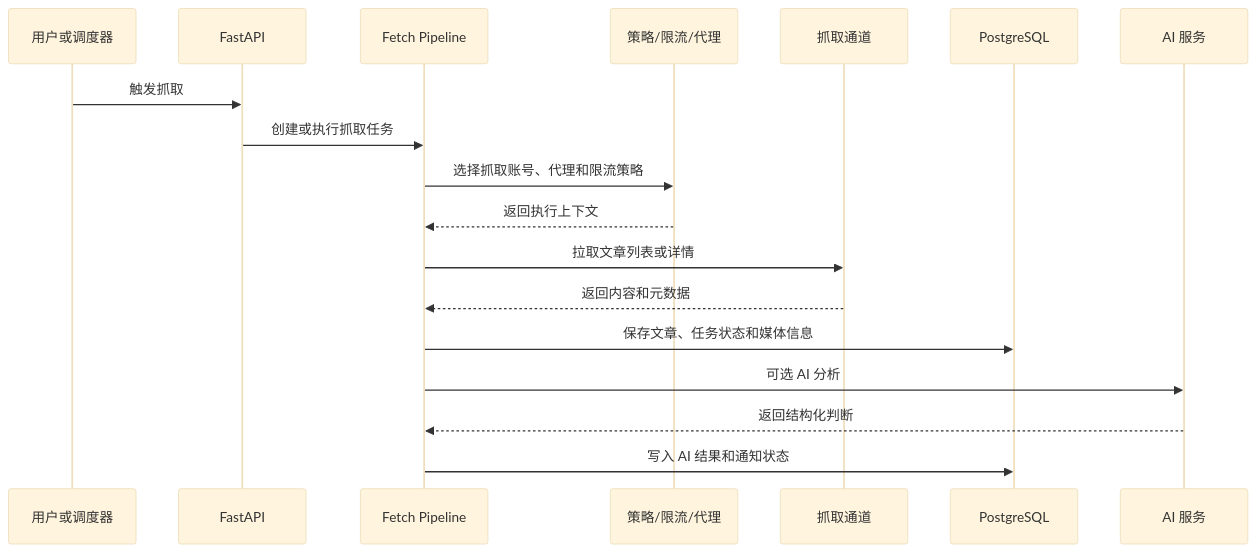
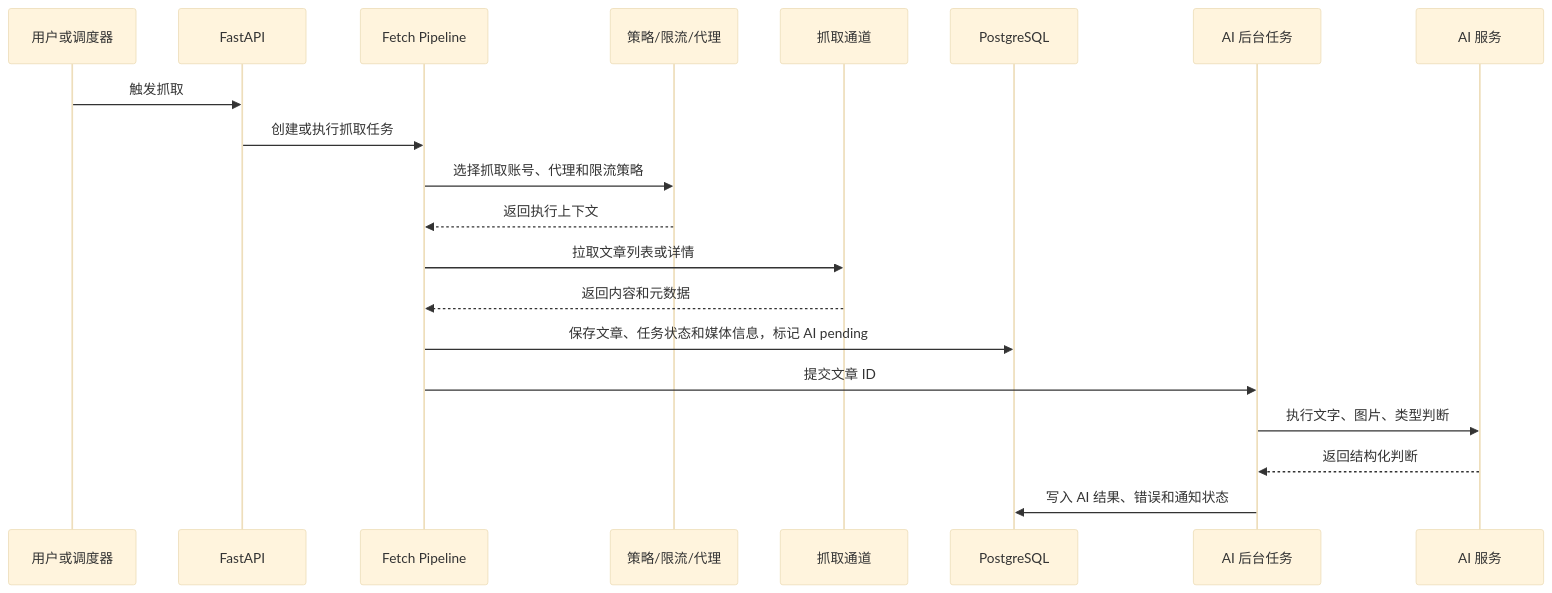
One commit to PakhomLeo/Just-We changed the second of 2 diagrams in docs/technical-design.md. Above: the diagram before and after it, drawn with Mermaid (base theme). The commit also changed other lines of this file and 36 other files, not shown here.

````diff
--- a/docs/technical-design.md
+++ b/docs/technical-design.md
@@ -367,21 +376,23 @@
 ```mermaid
 sequenceDiagram
     participant User as 用户或调度器
     participant API as FastAPI
     participant Pipeline as Fetch Pipeline
     participant Policy as 策略/限流/代理
     participant Fetcher as 抓取通道
     participant DB as PostgreSQL
+    participant AIQ as AI 后台任务
     participant AI as AI 服务
 
     User->>API: 触发抓取
     API->>Pipeline: 创建或执行抓取任务
     Pipeline->>Policy: 选择抓取账号、代理和限流策略
     Policy-->>Pipeline: 返回执行上下文
     Pipeline->>Fetcher: 拉取文章列表或详情
     Fetcher-->>Pipeline: 返回内容和元数据
-    Pipeline->>DB: 保存文章、任务状态和媒体信息
-    Pipeline->>AI: 可选 AI 分析
-    AI-->>Pipeline: 返回结构化判断
-    Pipeline->>DB: 写入 AI 结果和通知状态
+    Pipeline->>DB: 保存文章、任务状态和媒体信息，标记 AI pending
+    Pipeline->>AIQ: 提交文章 ID
+    AIQ->>AI: 执行文字、图片、类型判断
+    AI-->>AIQ: 返回结构化判断
+    AIQ->>DB: 写入 AI 结果、错误和通知状态
 ```
````
